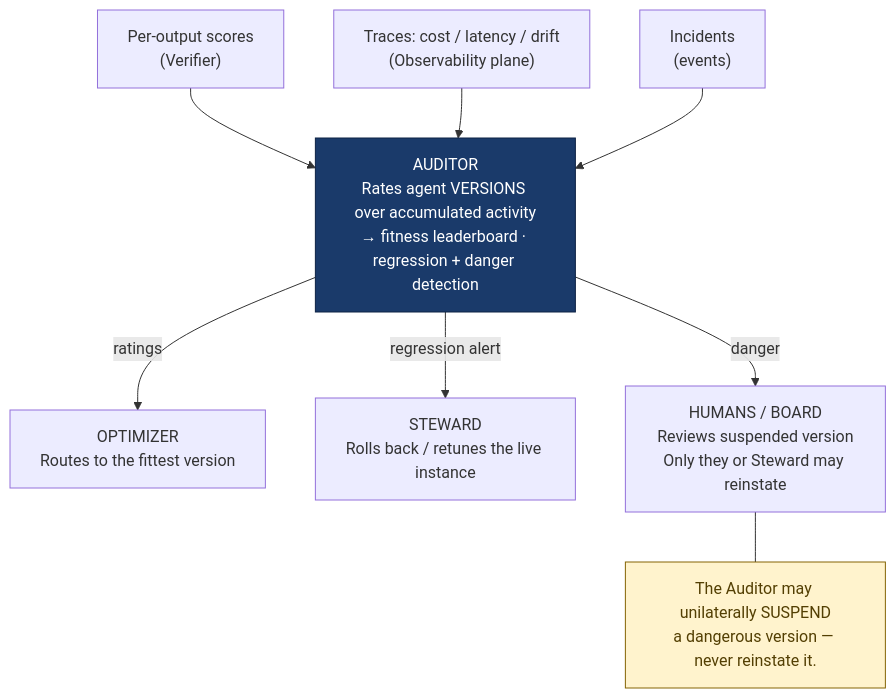
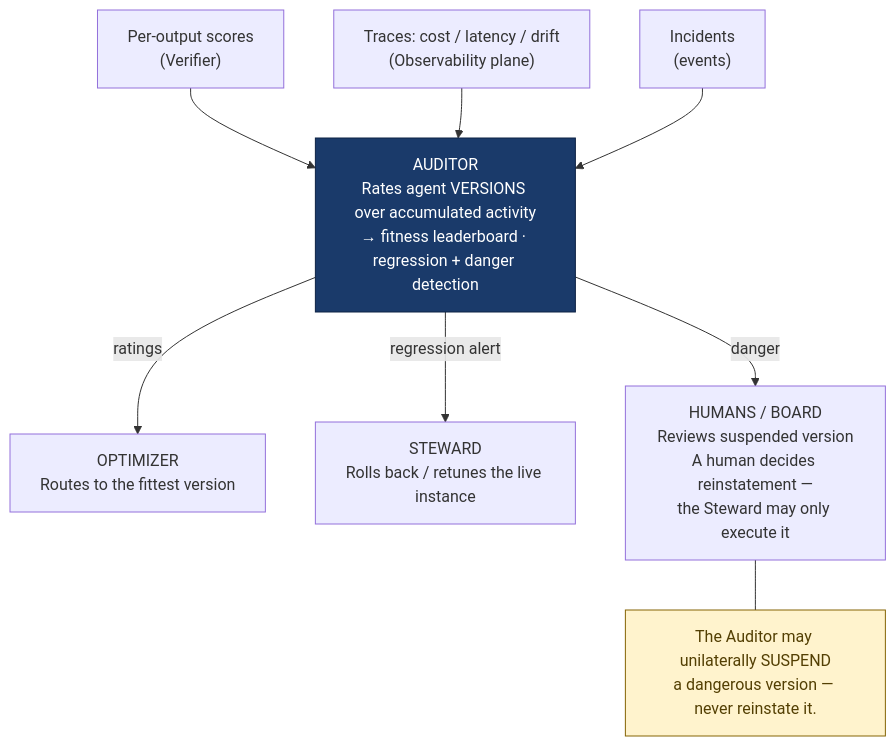
The first of 9 diagrams in README.md (MihaiCiprianChezan/Agentic-First-Enterprises), drawn with Mermaid before and after one commit. The commit also changed other lines of this file and 1 other file, not shown here.

````diff
--- a/README.md
+++ b/README.md
@@ -299,22 +332,22 @@
 ```mermaid
 flowchart TD
-    V["Per-output scores\n(Verifier)"]
-    OBS["Traces: cost / latency / drift\n(Observability plane)"]
-    EVT["Incidents\n(events)"]
-    AUD["AUDITOR\nRates agent VERSIONS over accumulated activity\n→ fitness leaderboard · regression + danger detection"]
-    OPT["OPTIMIZER\nRoutes to the fittest version"]
-    STW["STEWARD\nRolls back / retunes the live instance"]
-    HUM["HUMANS / BOARD\nReviews suspended version\nOnly they or Steward may reinstate"]
-    WARN["The Auditor may unilaterally SUSPEND\na dangerous version — never reinstate it."]
+    V["Per-output scores<br/>(Verifier)"]
+    OBS["Traces: cost / latency / drift<br/>(Observability plane)"]
+    EVT["Incidents<br/>(events)"]
+    AUD["AUDITOR<br/>Rates agent VERSIONS over accumulated activity<br/>→ fitness leaderboard · regression + danger detection"]
+    OPT["OPTIMIZER<br/>Routes to the fittest version"]
+    STW["STEWARD<br/>Rolls back / retunes the live instance"]
+    HUM["HUMANS / BOARD<br/>Reviews suspended version<br/>A human decides reinstatement —<br/>the Steward may only execute it"]
+    WARN["The Auditor may unilaterally SUSPEND<br/>a dangerous version — never reinstate it."]
 
     V --> AUD
     OBS --> AUD
     EVT --> AUD
     AUD -->|ratings| OPT
     AUD -->|regression alert| STW
     AUD -->|danger| HUM
     HUM --- WARN
 
     style AUD fill:#1a3a6a,color:#fff,stroke:#0d2244
     style WARN fill:#fff3cd,stroke:#856404,color:#533f03
 ```
````
